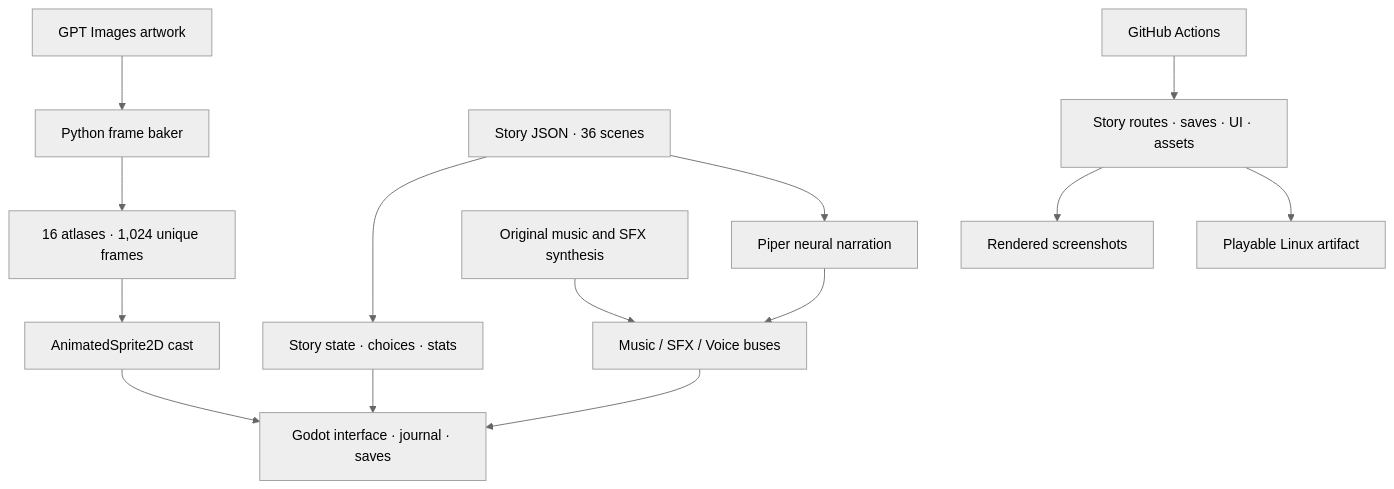
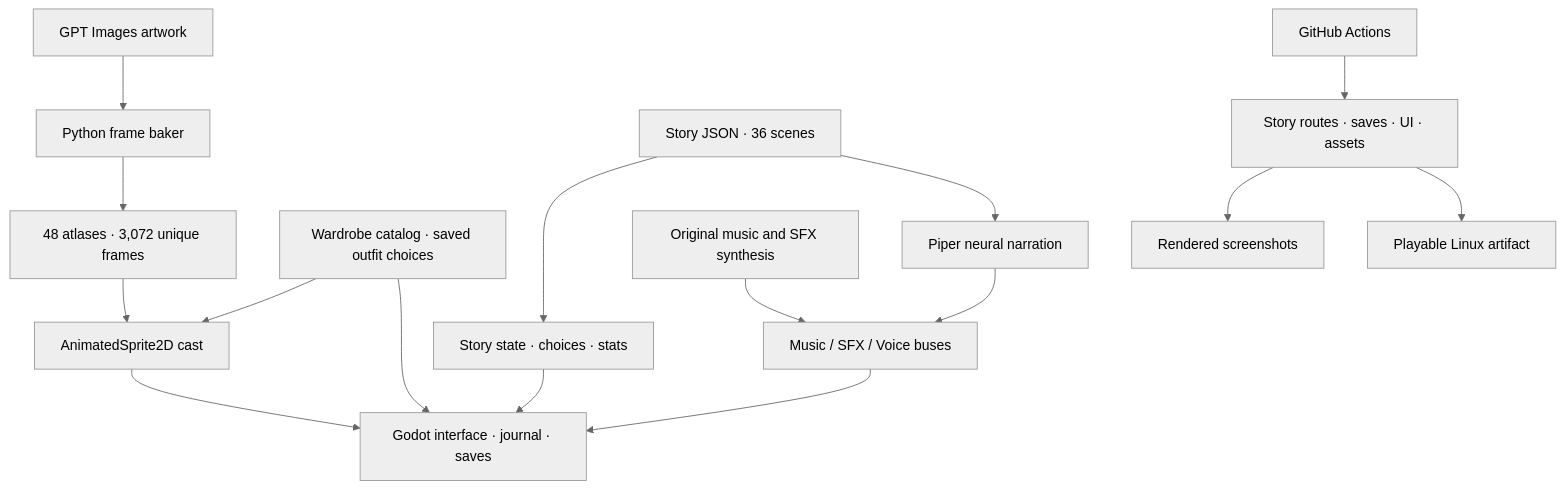
The diagram in README.md (jgyy/octxian), drawn with Mermaid (neutral theme) before and after one commit. The commit also changed other lines of this file and 2 other files, not shown here.

````diff
--- a/README.md
+++ b/README.md
@@ -58,16 +76,18 @@
 ```mermaid
 flowchart TD
     GPT["GPT Images artwork"] --> Bake["Python frame baker"]
-    Bake --> Atlas["16 atlases · 1,024 unique frames"]
+    Bake --> Atlas["48 atlases · 3,072 unique frames"]
     Atlas --> Cast["AnimatedSprite2D cast"]
     JSON["Story JSON · 36 scenes"] --> State["Story state · choices · stats"]
     State --> UI["Godot interface · journal · saves"]
+    Wardrobe["Wardrobe catalog · saved outfit choices"] --> Cast
+    Wardrobe --> UI
     Cast --> UI
     JSON --> Piper["Piper neural narration"]
     Synth["Original music and SFX synthesis"] --> Audio["Music / SFX / Voice buses"]
     Piper --> Audio
     Audio --> UI
     CI["GitHub Actions"] --> Verify["Story routes · saves · UI · assets"]
     Verify --> Capture["Rendered screenshots"]
     Verify --> Build["Playable Linux artifact"]
 ```
````
